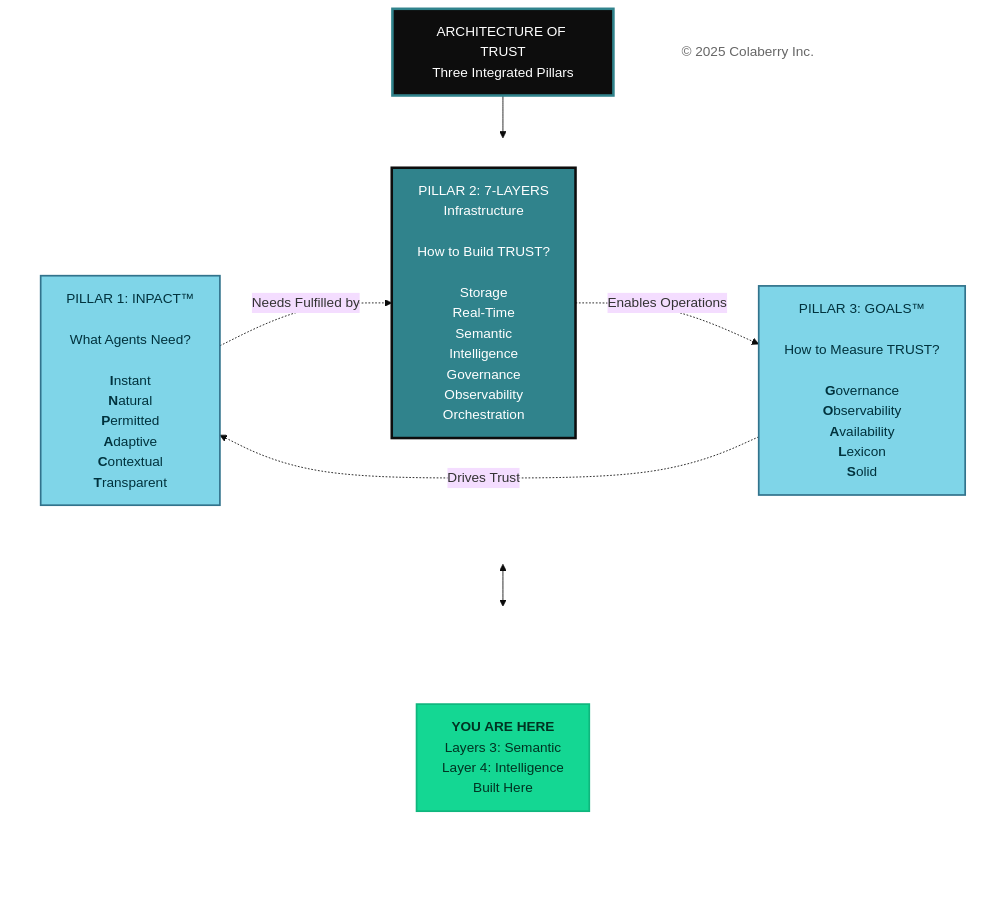
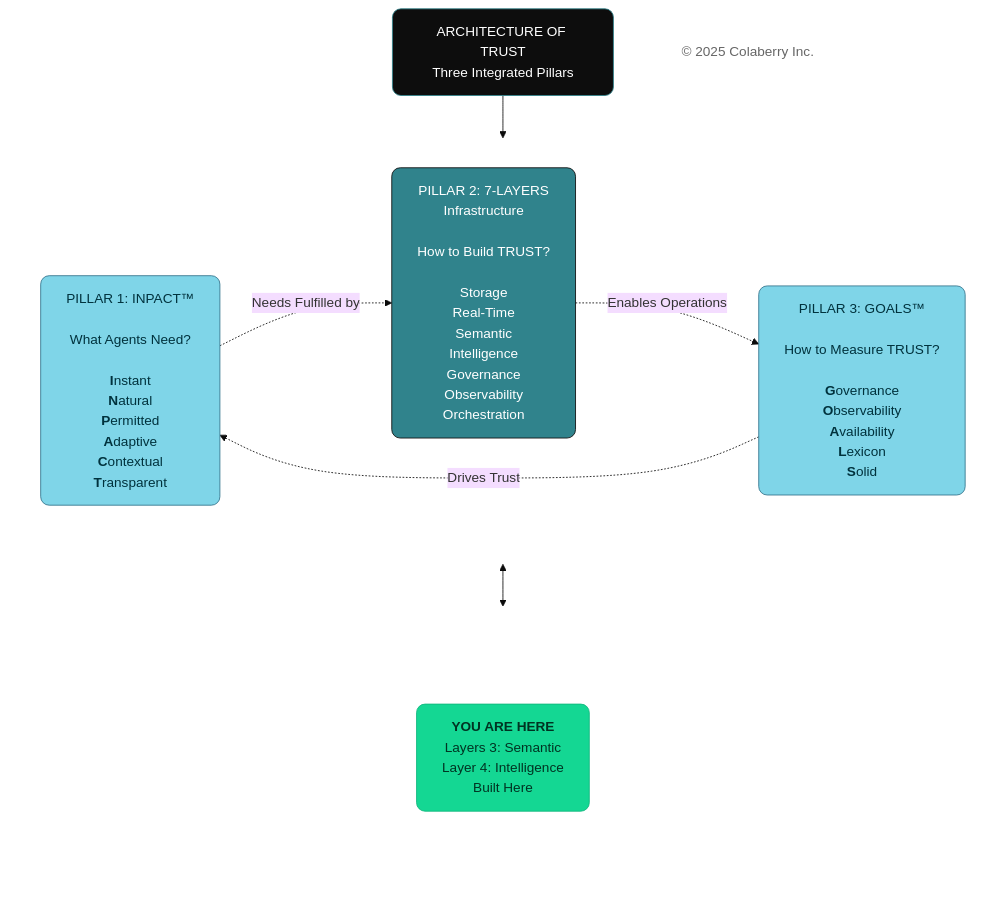
The second of 13 diagrams in manuscript/06_chapter_5_intelligence_layers.md (colaberry/trust-before-intelligence-book), drawn with Mermaid (base theme) before and after one commit. The commit also changed other lines of this file and 12 other files, not shown here.

````diff
--- a/manuscript/06_chapter_5_intelligence_layers.md
+++ b/manuscript/06_chapter_5_intelligence_layers.md
@@ -53,46 +53,46 @@
 ```mermaid
 
 
 graph TB
     Title["ARCHITECTURE OF TRUST<br/>Three Integrated Pillars"]
     
     subgraph PILLARS[" "]
         direction LR
         INPACT["`PILLAR 1: INPACT™<br/><br/>What Agents Need?<br/><br/>**I**nstant<br/>**N**atural<br/>**P**ermitted<br/>**A**daptive<br/>**C**ontextual<br/>**T**ransparent`"]
         
         Layers["PILLAR 2: 7-LAYERS<br/>Infrastructure<br/><br/>How to Build TRUST?<br/><br/>Storage<br/>Real-Time<br/>Semantic<br/>Intelligence<br/>Governance<br/>Observability<br/>Orchestration"]
         
         GOALS["`PILLAR 3: GOALS™<br/><br/>How to Measure TRUST?<br/><br/>**G**overnance<br/>**O**bservability<br/>**A**vailability<br/>**L**exicon<br/>**S**olid`"]
     end
     
     subgraph INDICATOR[" "]
         direction LR
         Spacer1[" "]
         YouAreHere["<b>YOU ARE HERE</b><br/>Layers 3: Semantic <br/> Layer 4: Intelligence<br/> Built Here"]
         Spacer2[" "]
     end
     
     Copyright["© 2025 Colaberry Inc."]
     
     Title --> PILLARS
     PILLARS <--> INDICATOR
     
     INPACT -.->|"Needs Fulfilled by"| Layers
     Layers -.->|"Enables Operations"| GOALS
     GOALS -.->|"Drives Trust"| INPACT
 
-    style Title fill:#0D0D0D,color:#ffffff,stroke:#30838C,stroke-width:3px
-    style PILLARS fill:none,stroke:none
-    style INDICATOR fill:none,stroke:none
-    style INPACT fill:#7FD5E8,stroke:#32738C,stroke-width:2px,color:#00323D
-    style Layers fill:#30838C,stroke:#0D0D0D,stroke-width:3px,color:#ffffff
-    style GOALS fill:#7FD5E8,stroke:#32738C,stroke-width:2px,color:#00323D
-    style Spacer1 fill:none,stroke:none,color:transparent
-    style YouAreHere fill:#14D793,stroke:#0FB67D,stroke-width:2px,color:#003322
-    style Spacer2 fill:none,stroke:none,color:transparent
-    style Copyright fill:#ffffff,stroke:none,color:#666666
+    style Title fill:#0D0D0D,color:#ffffff,stroke:#30838C,stroke-width:1px,rx:10,ry:10
+    style PILLARS fill:none,stroke:none,rx:10,ry:10
+    style INDICATOR fill:none,stroke:none,rx:10,ry:10
+    style INPACT fill:#7FD5E8,stroke:#32738C,stroke-width:1px,color:#00323D,rx:10,ry:10
+    style Layers fill:#30838C,stroke:#0D0D0D,stroke-width:1px,color:#ffffff,rx:10,ry:10
+    style GOALS fill:#7FD5E8,stroke:#32738C,stroke-width:1px,color:#00323D,rx:10,ry:10
+    style Spacer1 fill:none,stroke:none,color:transparent,rx:10,ry:10
+    style YouAreHere fill:#14D793,stroke:#0FB67D,stroke-width:1px,color:#003322,rx:10,ry:10
+    style Spacer2 fill:none,stroke:none,color:transparent,rx:10,ry:10
+    style Copyright fill:none,stroke:none,color:#666666
 
 
 
 
 ```
````
